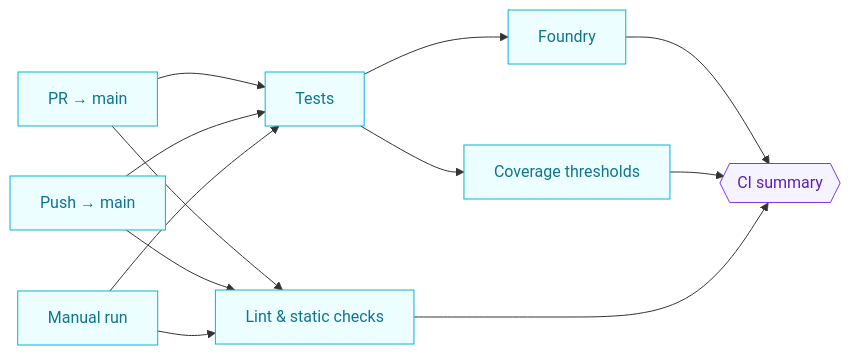
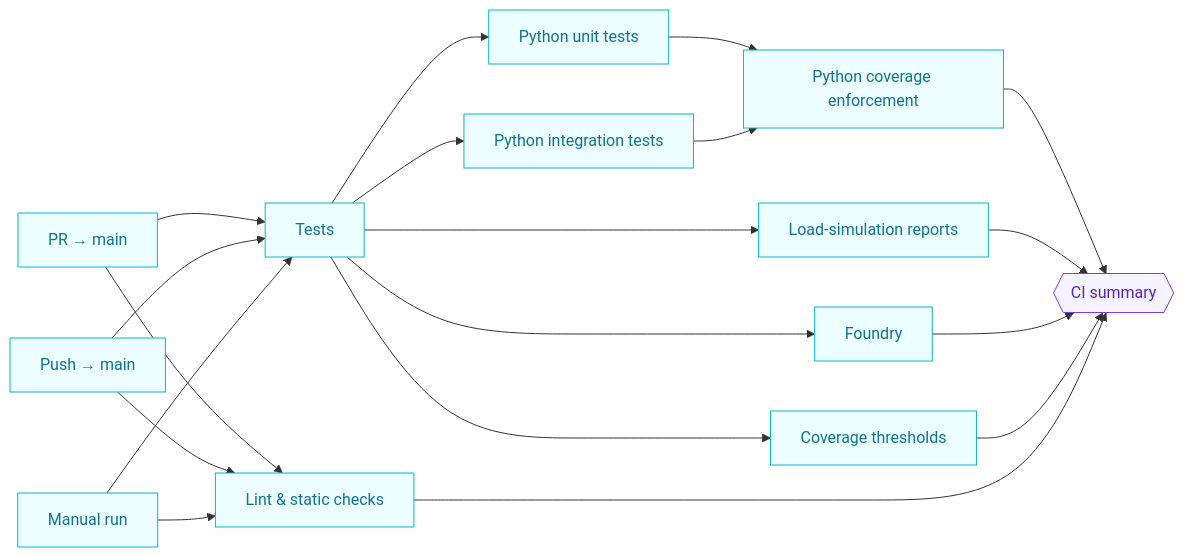
The first of 5 diagrams in README.md (MontrealAI/AGIJobsv0), drawn with Mermaid before and after one commit. The commit also changed other lines of this file and 8 other files, not shown here.

Commit message:
Expand CI with Python test matrix and coverage

````diff
--- a/README.md
+++ b/README.md
@@ -27,17 +32,20 @@
 ```mermaid
 flowchart LR
     classDef job fill:#ecfeff,stroke:#06b6d4,color:#0e7490;
     classDef gate fill:#f5f3ff,stroke:#7c3aed,color:#5b21b6;
 
     PR[PR → main]:::job --> Lint[Lint & static checks]:::job
     Main[Push → main]:::job --> Lint
     Manual[Manual run]:::job --> Lint
 
     PR --> Tests[Tests]:::job
     Main --> Tests
     Manual --> Tests
 
-    Tests --> Foundry[Foundry]:::job --> Summary{{CI summary}}:::gate
+    Tests --> PythonUnit[Python unit tests]:::job --> PythonCoverage[Python coverage enforcement]:::job --> Summary{{CI summary}}:::gate
+    Tests --> PythonIntegration[Python integration tests]:::job --> PythonCoverage
+    Tests --> LoadSim[Load-simulation reports]:::job --> Summary
+    Tests --> Foundry[Foundry]:::job --> Summary
     Tests --> Coverage[Coverage thresholds]:::job --> Summary
     Lint --> Summary
 ```
````
